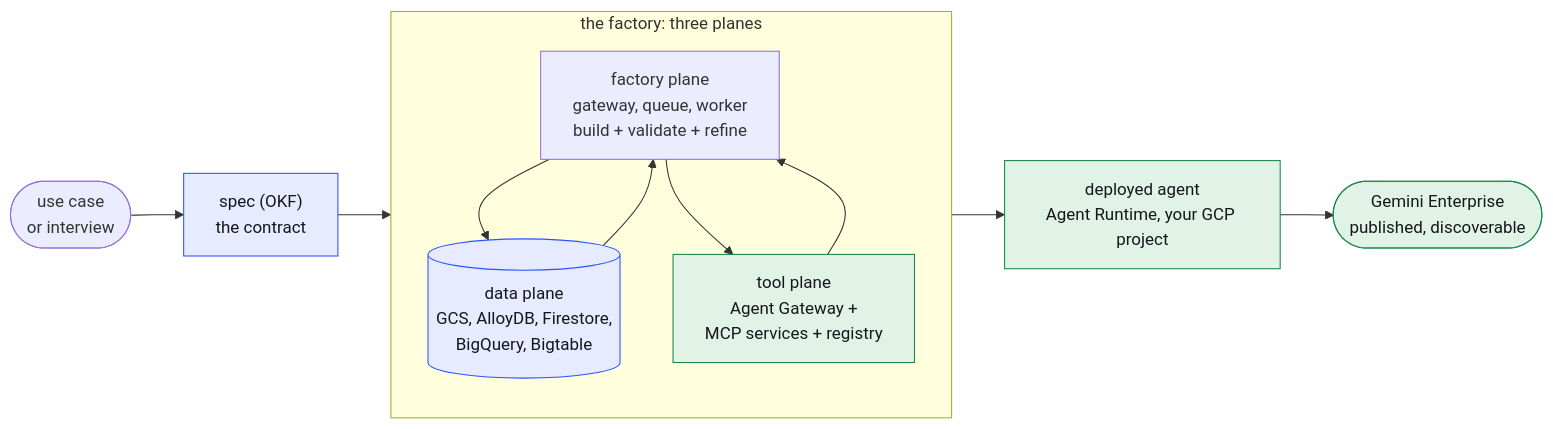
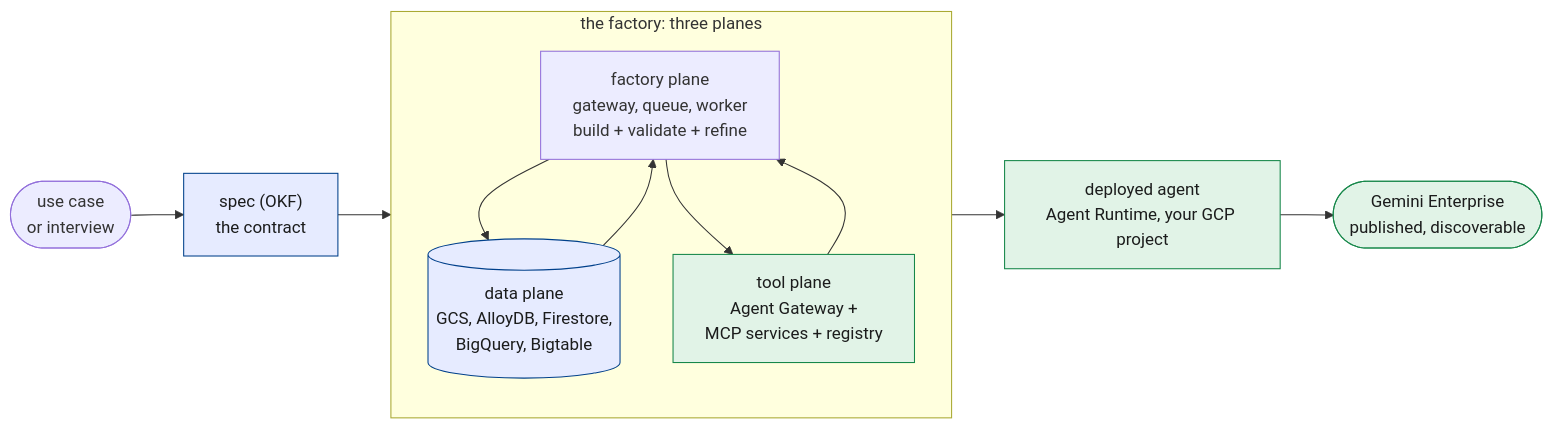
The diagram in docs/diagrams-src/system-map.mmd (vamsiramakrishnan/ge-agent-factory), drawn with Mermaid before and after one commit. The commit also changed 75 other files, not shown here.

```diff
--- a/docs/diagrams-src/system-map.mmd
+++ b/docs/diagrams-src/system-map.mmd
@@ -1,24 +1,24 @@
 flowchart LR
     UC(["use case\nor interview"]) --> SPEC["spec (OKF)\nthe contract"]
     SPEC --> FACTORY
 
     subgraph FACTORY["the factory: three planes"]
         direction TB
         FP["factory plane\ngateway, queue, worker\nbuild + validate + refine"]
         FP --> DP[("data plane\nGCS, AlloyDB, Firestore,\nBigQuery, Bigtable")]
         FP --> TP["tool plane\nAgent Gateway +\nMCP services + registry"]
         DP --> FP
         TP --> FP
     end
 
     FACTORY --> AGENT["deployed agent\nAgent Runtime, your GCP project"]
     AGENT --> GE(["Gemini Enterprise\npublished, discoverable"])
 
-    classDef contract fill:#e6ebff,stroke:#2953ff,color:#14171c
-    classDef data fill:#e6ebff,stroke:#2953ff,color:#14171c
-    classDef tool fill:#e1f3e7,stroke:#16874a,color:#14171c
-    classDef release fill:#e1f3e7,stroke:#16874a,color:#14171c
+    classDef contract fill:#e6ebff,stroke:#00408b,color:#1b1c1c
+    classDef data fill:#e6ebff,stroke:#00408b,color:#1b1c1c
+    classDef tool fill:#e1f3e7,stroke:#16874a,color:#1b1c1c
+    classDef release fill:#e1f3e7,stroke:#16874a,color:#1b1c1c
     class SPEC contract
     class DP data
     class TP tool
     class AGENT,GE release
```
